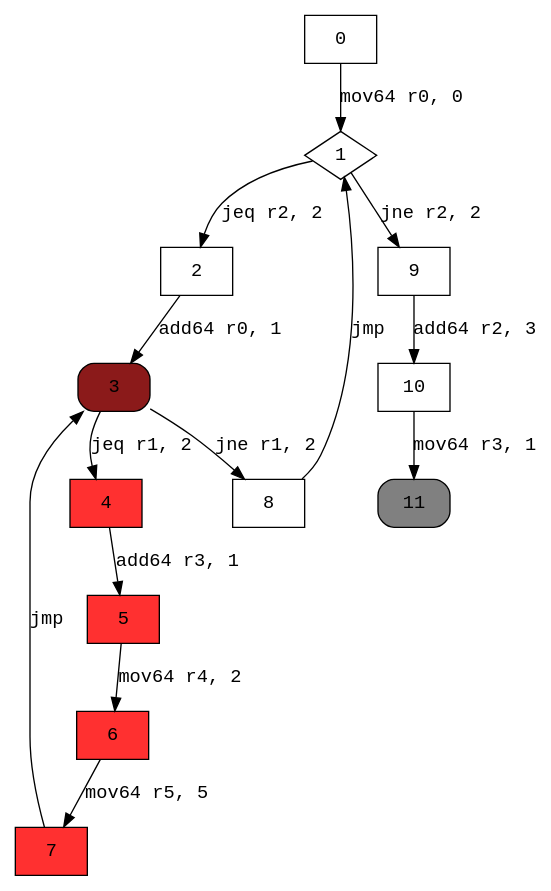
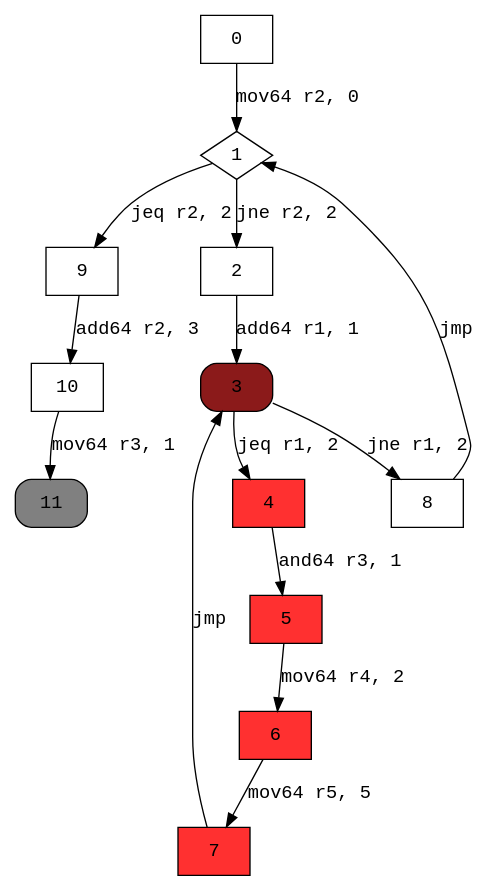
One commit to XicoCorreia/Information-Flow-Analysis-Thesis changed the diagram in examples/graphs/nestedWhiles.dot. Above: the diagram before and after it, drawn with Graphviz. The commit also changed 12 other files, not shown here.

```diff
--- a/examples/graphs/nestedWhiles.dot
+++ b/examples/graphs/nestedWhiles.dot
@@ -1,25 +1,25 @@
 digraph cfg { 
 node [fontname="monospace"];
 node [shape=box];
 edge [fontname="monospace"];
-  0 -> 1 [label="mov64 r0, 0"];
-  1 -> 2 [label="jeq r2, 2"];
-  1 -> 9 [label="jne r2, 2"];
-  2 -> 3 [label="add64 r0, 1"];
+  0 -> 1 [label="mov64 r2, 0"];
+  1 -> 9 [label="jeq r2, 2"];
+  1 -> 2 [label="jne r2, 2"];
+  2 -> 3 [label="add64 r1, 1"];
   3 -> 4 [label="jeq r1, 2"];
   3 -> 8 [label="jne r1, 2"];
-  4 -> 5 [label="add64 r3, 1"];
+  4 -> 5 [label="and64 r3, 1"];
   5 -> 6 [label="mov64 r4, 2"];
   6 -> 7 [label="mov64 r5, 5"];
   7 -> 3 [label="jmp"];
   8 -> 1 [label="jmp"];
   9 -> 10 [label="add64 r2, 3"];
   10 -> 11 [label="mov64 r3, 1"];
 1 [shape=diamond];
 3 [style="rounded,filled",fillcolor=firebrick4];
 4 [style=filled,fillcolor=firebrick1];
 5 [style=filled,fillcolor=firebrick1];
 6 [style=filled,fillcolor=firebrick1];
 7 [style=filled,fillcolor=firebrick1];
 11 [style="rounded,filled",fillcolor=grey];
 }
```
